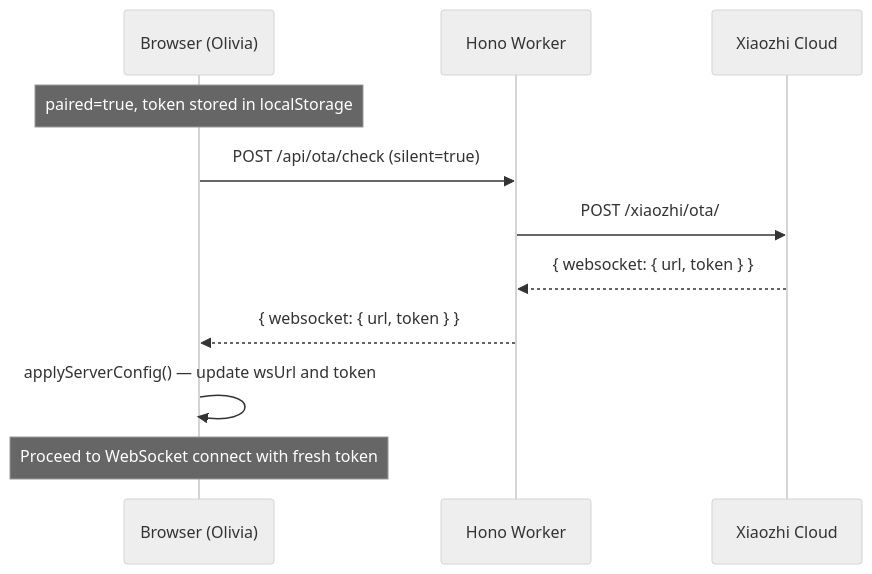
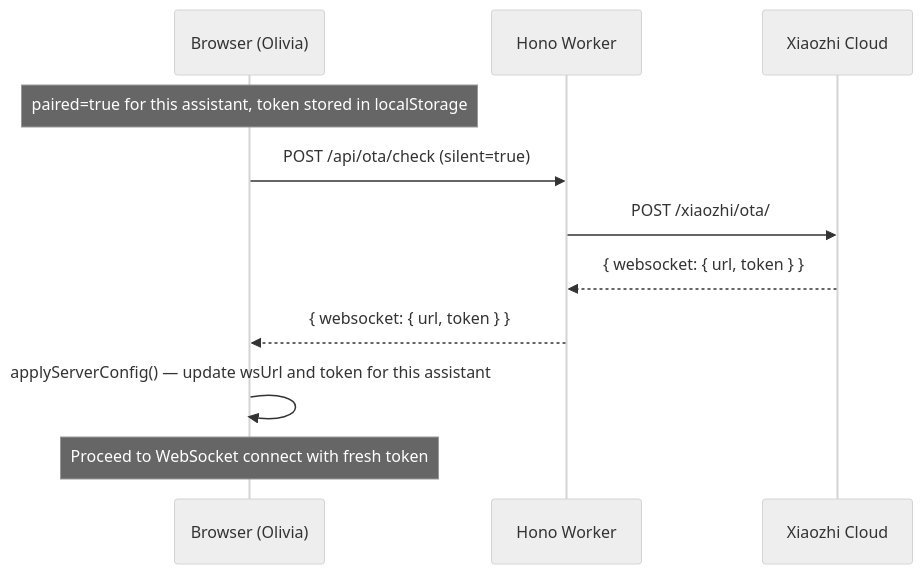
One commit to roalfb/olivia-ai changed the seventh of 7 diagrams in README.md. Above: the diagram before and after it, drawn with Mermaid (neutral theme). The commit also changed other lines of this file and 10 other files, not shown here.

````diff
--- a/README.md
+++ b/README.md
@@ -972,14 +1291,14 @@
 ```mermaid
 sequenceDiagram
     participant B as Browser (Olivia)
     participant H as Hono Worker
     participant X as Xiaozhi Cloud
 
-    Note over B: paired=true, token stored in localStorage
+    Note over B: paired=true for this assistant, token stored in localStorage
     B->>H: POST /api/ota/check (silent=true)
     H->>X: POST /xiaozhi/ota/
     X-->>H: { websocket: { url, token } }
     H-->>B: { websocket: { url, token } }
-    B->>B: applyServerConfig() — update wsUrl and token
+    B->>B: applyServerConfig() — update wsUrl and token for this assistant
     Note over B: Proceed to WebSocket connect with fresh token
 ```
````
